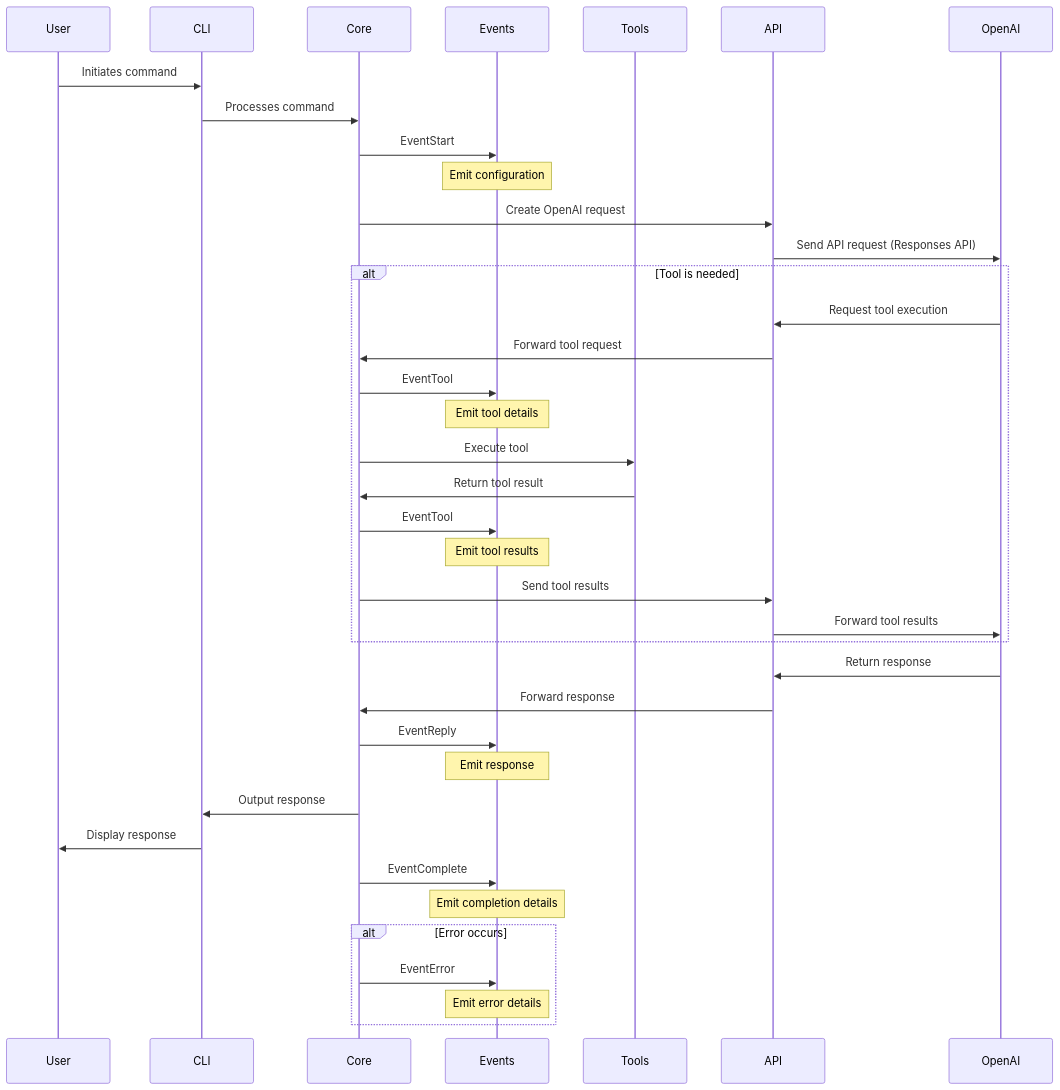
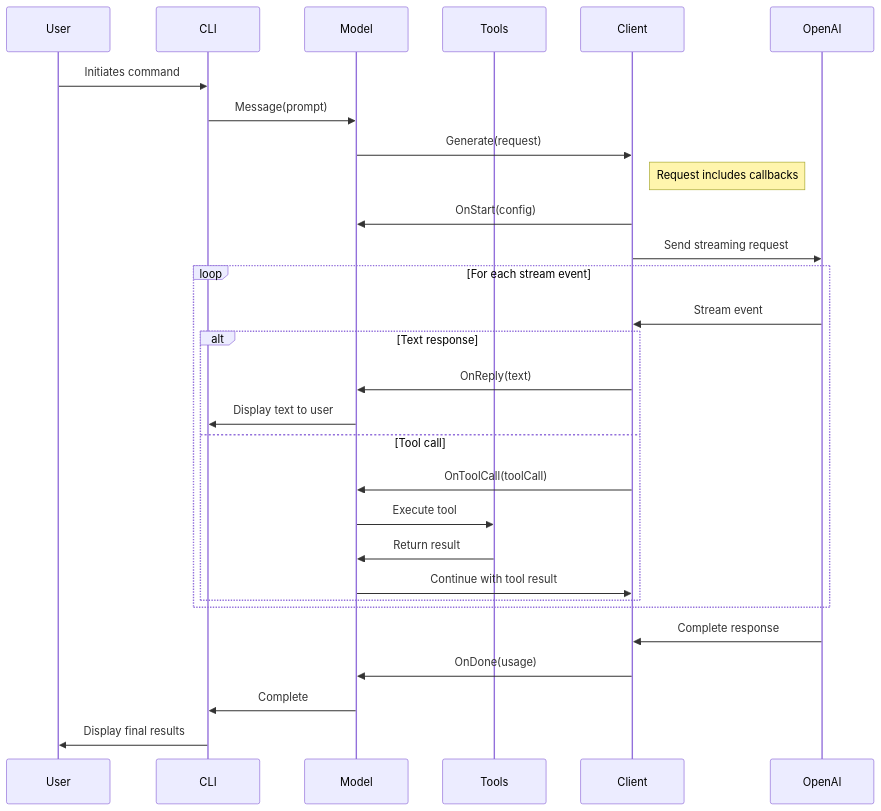
The third of 8 diagrams in docs/architecture.md (mohdfareed/gptx-cli), drawn with Mermaid before and after one commit. The commit also changed other lines of this file and 18 other files, not shown here.

````diff
--- a/docs/architecture.md
+++ b/docs/architecture.md
@@ -116,47 +123,36 @@
 ```mermaid
 sequenceDiagram
     participant User
     participant CLI
-    participant Core
-    participant Events
+    participant Model
     participant Tools
-    participant API
+    participant Client
     participant OpenAI
 
     User->>CLI: Initiates command
-    CLI->>Core: Processes command
+    CLI->>Model: Message(prompt)
 
-    Core->>Events: EventStart
-    Note over Events: Emit configuration
+    Model->>Client: Generate(request)
+    Note right of Client: Request includes callbacks
 
-    Core->>API: Create OpenAI request
-    API->>OpenAI: Send API request (Responses API)
+    Client->>Model: OnStart(config)
+    Client->>OpenAI: Send streaming request
 
-    alt Tool is needed
-        OpenAI->>API: Request tool execution
-        API->>Core: Forward tool request
-        Core->>Events: EventTool
-        Note over Events: Emit tool details
-        Core->>Tools: Execute tool
-        Tools->>Core: Return tool result
-        Core->>Events: EventTool
-        Note over Events: Emit tool results
-        Core->>API: Send tool results
-        API->>OpenAI: Forward tool results
+    loop For each stream event
+        OpenAI->>Client: Stream event
+        alt Text response
+            Client->>Model: OnReply(text)
+            Model->>CLI: Display text to user
+        else Tool call
+            Client->>Model: OnToolCall(toolCall)
+            Model->>Tools: Execute tool
+            Tools->>Model: Return result
+            Model->>Client: Continue with tool result
+        end
     end
 
-    OpenAI->>API: Return response
-    API->>Core: Forward response
-    Core->>Events: EventReply
-    Note over Events: Emit response
-    Core->>CLI: Output response
-    CLI->>User: Display response
-
-    Core->>Events: EventComplete
-    Note over Events: Emit completion details
-
-    alt Error occurs
-        Core->>Events: EventError
-        Note over Events: Emit error details
-    end
+    OpenAI->>Client: Complete response
+    Client->>Model: OnDone(usage)
+    Model->>CLI: Complete
+    CLI->>User: Display final results
 ```
````
